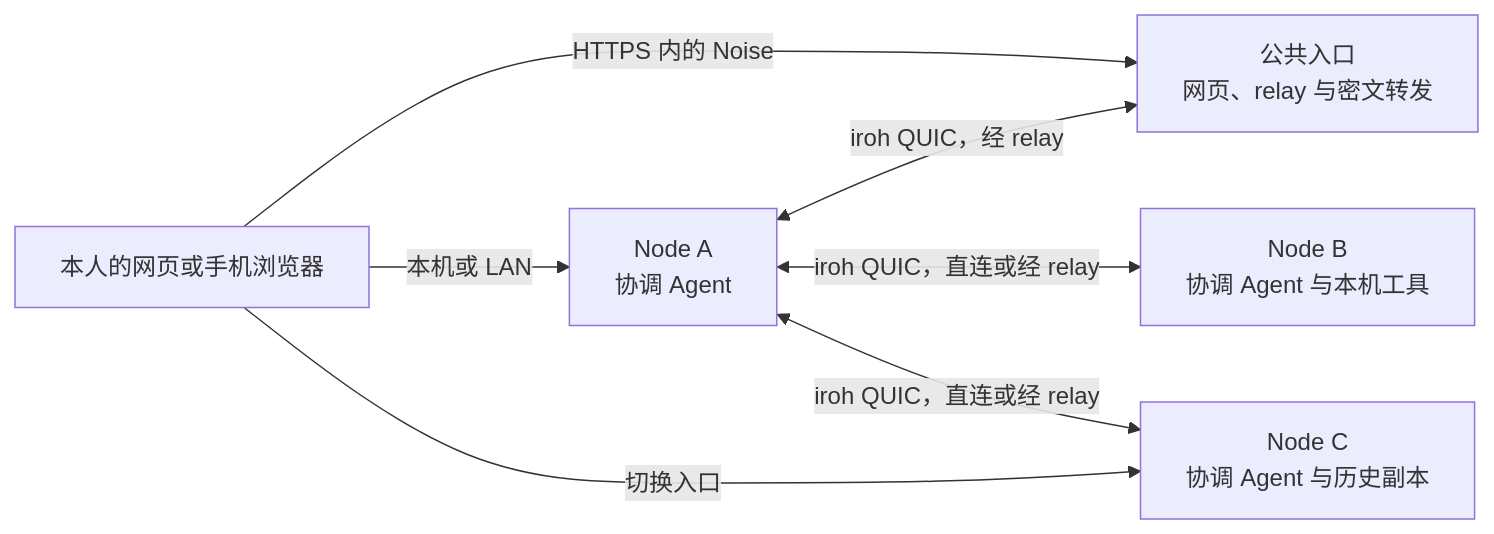
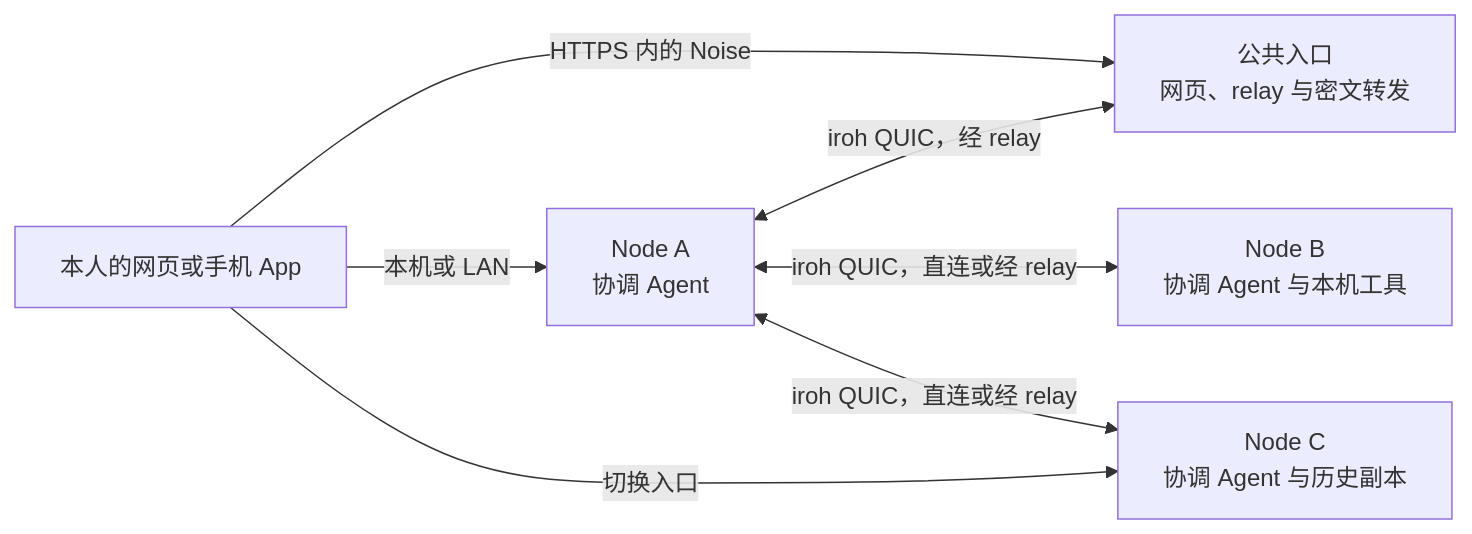
The diagram in README.md (leaperone/vibeface), drawn with Mermaid before and after one commit. The commit also changed other lines of this file, not shown here.

````diff
--- a/README.md
+++ b/README.md
@@ -29,14 +33,14 @@
 ```mermaid
 flowchart LR
-    U[本人的网页或手机浏览器]
+    U[本人的网页或手机 App]
     G[公共入口<br>网页、relay 与密文转发]
     A[Node A<br>协调 Agent]
     B[Node B<br>协调 Agent 与本机工具]
     C[Node C<br>协调 Agent 与历史副本]
     U -->|HTTPS 内的 Noise| G
     U -->|本机或 LAN| A
     U -->|切换入口| C
     A <-->|iroh QUIC，经 relay| G
     A <-->|iroh QUIC，直连或经 relay| B
     A <-->|iroh QUIC，直连或经 relay| C
 ```
````
